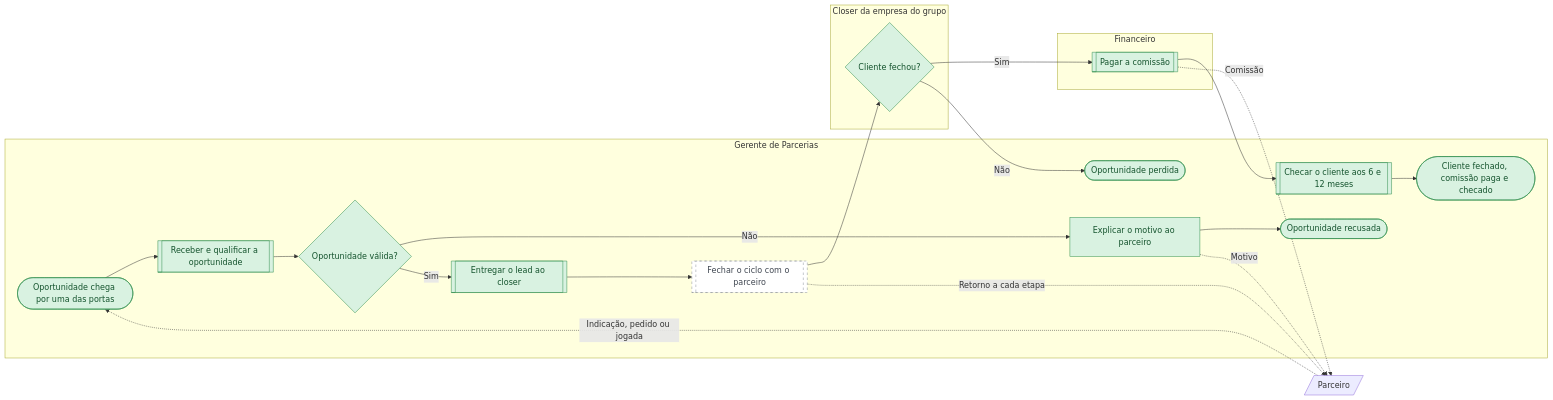
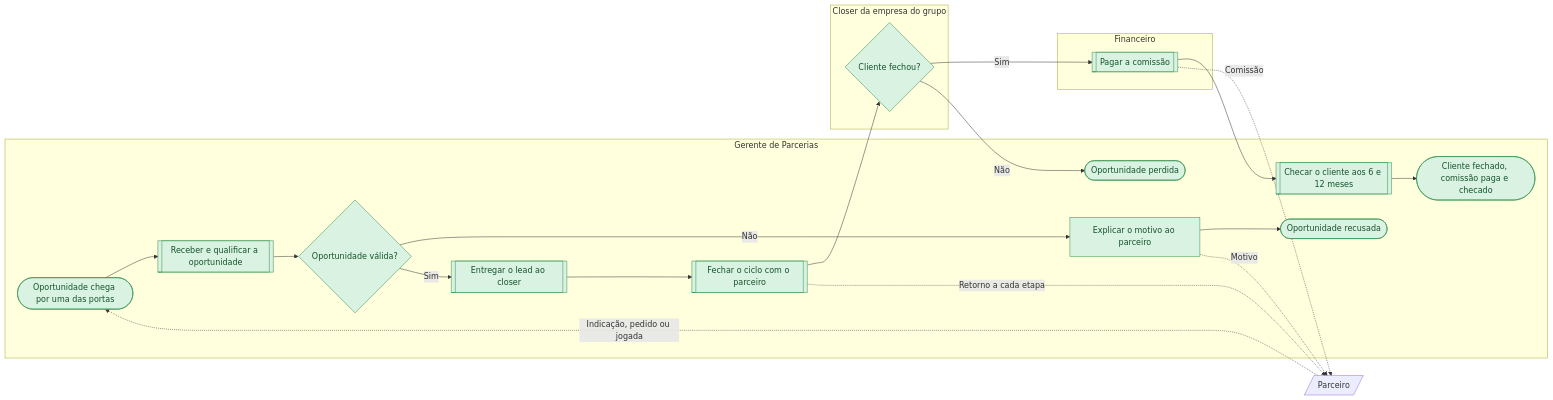
One commit to Guilherme-MFaccin/Wise-Partners changed the diagram in mapeamentos/wise-partners-to-be/saidas/mermaid/fluxo-6-gerar-oportunidades-no-ecossistema.mmd. Above: the diagram before and after it, drawn with Mermaid. The commit also changed 66 other files, not shown here.

```diff
--- a/mapeamentos/wise-partners-to-be/saidas/mermaid/fluxo-6-gerar-oportunidades-no-ecossistema.mmd
+++ b/mapeamentos/wise-partners-to-be/saidas/mermaid/fluxo-6-gerar-oportunidades-no-ecossistema.mmd
@@ -1,39 +1,39 @@
 flowchart LR
     classDef confirmado fill:#D9F2E1,stroke:#2F8F4E,color:#14532D
     classDef declarado fill:#FFF3C4,stroke:#B8860B,color:#5C4300
     classDef hipotese fill:#FFFFFF,stroke:#8A9099,color:#3F4650,stroke-dasharray: 5 5
     classDef contestado fill:#FDE2E1,stroke:#C53030,color:#7F1D1D
     subgraph raia_PA_01 ["Gerente de Parcerias"]
       n_i1(["Oportunidade chega por uma das portas"]):::confirmado
       n_s1[["Receber e qualificar a oportunidade"]]:::confirmado
       n_g1{"Oportunidade válida?"}:::confirmado
       n_t1["Explicar o motivo ao parceiro"]:::confirmado
       n_s2[["Entregar o lead ao closer"]]:::confirmado
-      n_s3[["Fechar o ciclo com o parceiro"]]:::hipotese
+      n_s3[["Fechar o ciclo com o parceiro"]]:::confirmado
       n_s5[["Checar o cliente aos 6 e 12 meses"]]:::confirmado
       n_f1(["Oportunidade recusada"]):::confirmado
       n_f2(["Cliente fechado, comissão paga e checado"]):::confirmado
       n_f3(["Oportunidade perdida"]):::confirmado
     end
     subgraph raia_PA_03 ["Closer da empresa do grupo"]
       n_g2{"Cliente fechou?"}:::confirmado
     end
     subgraph raia_PA_04 ["Financeiro"]
       n_s4[["Pagar a comissão"]]:::confirmado
     end
     ext_X1[/"Parceiro"/]
     n_i1 --> n_s1
     n_s1 --> n_g1
     n_g1 -->|Não| n_t1
     n_t1 --> n_f1
     n_g1 -->|Sim| n_s2
     n_s2 --> n_s3
     n_s3 --> n_g2
     n_g2 -->|Sim| n_s4
     n_s4 --> n_s5
     n_s5 --> n_f2
     n_g2 -->|Não| n_f3
     ext_X1 -.->|Indicação, pedido ou jogada| n_i1
     n_t1 -.->|Motivo| ext_X1
     n_s3 -.->|Retorno a cada etapa| ext_X1
     n_s4 -.->|Comissão| ext_X1
```
